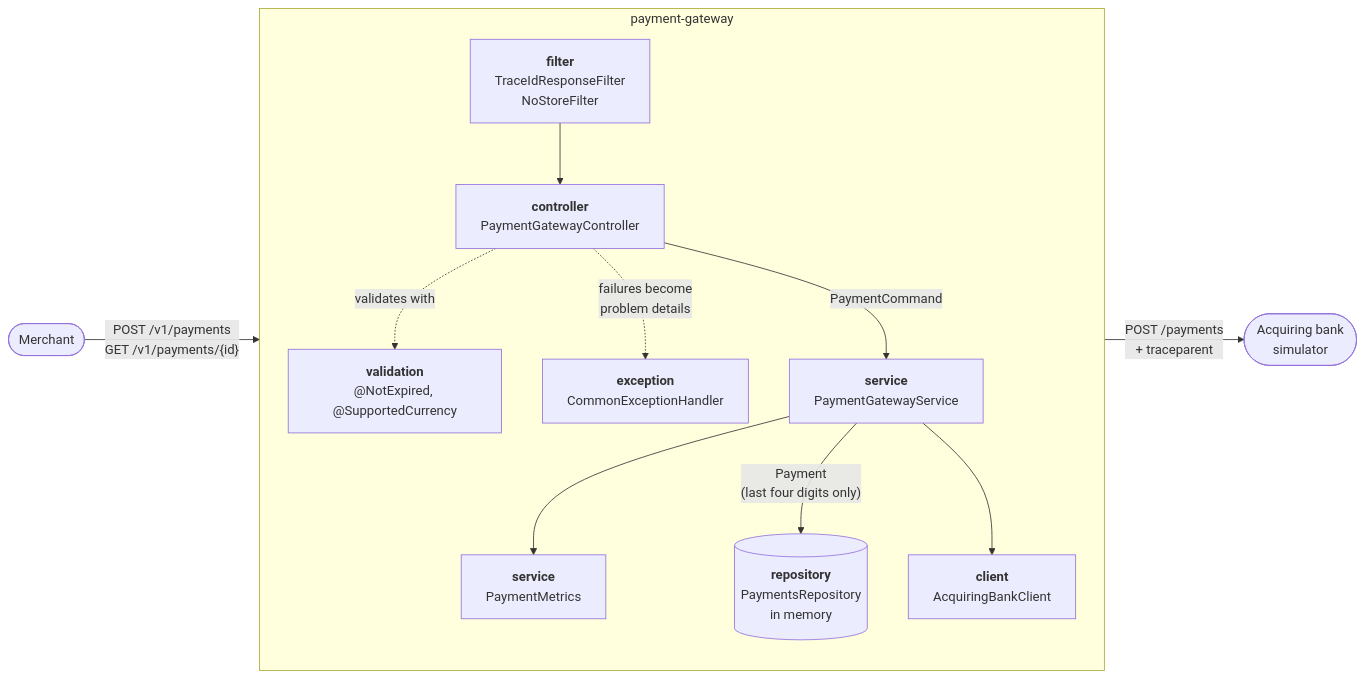
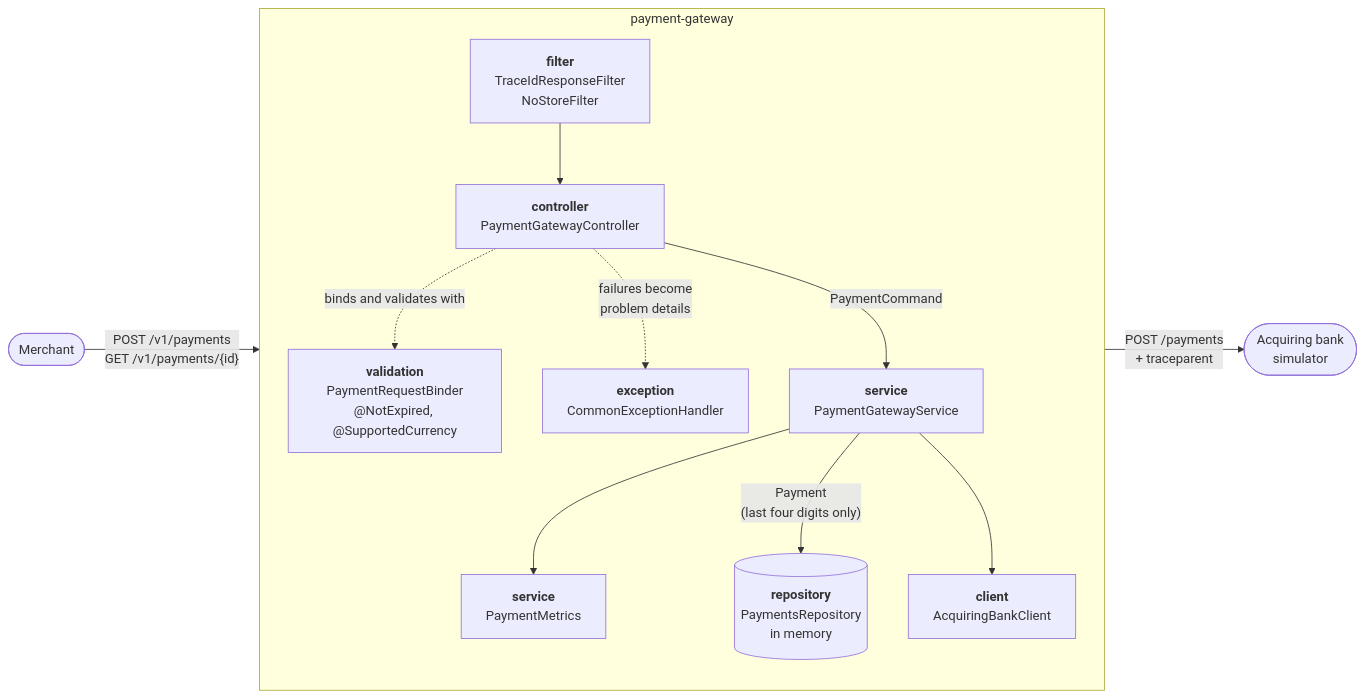
Before and after one commit to TheDebugMechanic/payment-gateway-challenge-java: the first of 2 diagrams in docs/DESIGN.md, drawn with Mermaid. The commit also changed other lines of this file and 4 other files, not shown here.

First line of the commit message:
Add CLAUDE.md, query runbook and docs for the request binder

````diff
--- a/docs/DESIGN.md
+++ b/docs/DESIGN.md
@@ -14,27 +14,27 @@
 ```mermaid
 flowchart LR
     merchant([Merchant])
     bank([Acquiring bank<br/>simulator])
 
     subgraph gateway [payment-gateway]
         direction TB
         filters["<b>filter</b><br/>TraceIdResponseFilter<br/>NoStoreFilter"]
         controller["<b>controller</b><br/>PaymentGatewayController"]
-        validation["<b>validation</b><br/>@NotExpired, @SupportedCurrency"]
+        validation["<b>validation</b><br/>PaymentRequestBinder<br/>@NotExpired, @SupportedCurrency"]
         handler["<b>exception</b><br/>CommonExceptionHandler"]
         service["<b>service</b><br/>PaymentGatewayService"]
         metrics["<b>service</b><br/>PaymentMetrics"]
         client["<b>client</b><br/>AcquiringBankClient"]
         repo[("<b>repository</b><br/>PaymentsRepository<br/>in memory")]
     end
 
     merchant -- "POST /v1/payments<br/>GET /v1/payments/{id}" --> filters
     filters --> controller
-    controller -. validates with .-> validation
+    controller -. binds and validates with .-> validation
     controller -. failures become<br/>problem details .-> handler
     controller -- PaymentCommand --> service
     service --> metrics
     service -- "Payment<br/>(last four digits only)" --> repo
     service --> client
     client -- "POST /payments<br/>+ traceparent" --> bank
 ```
````
